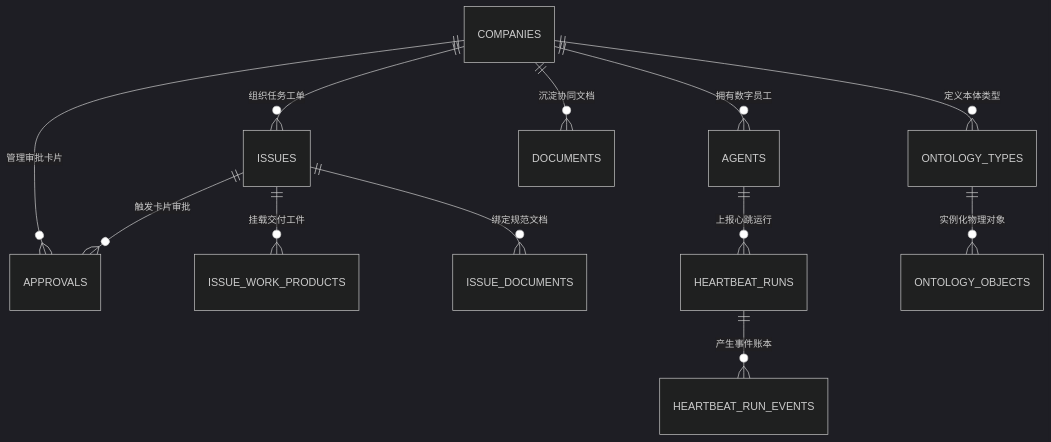
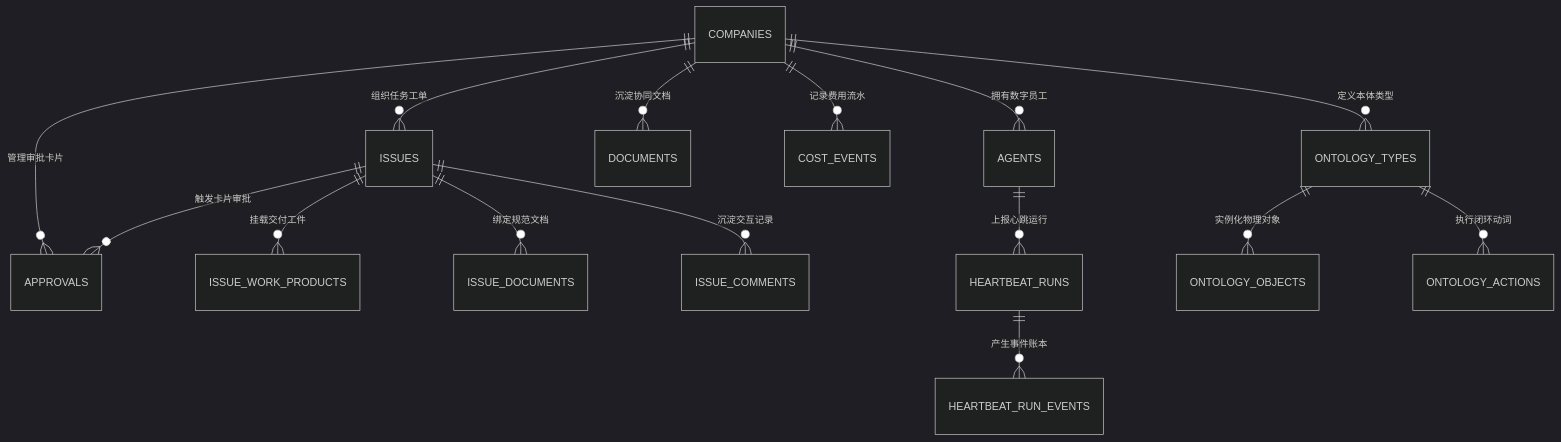
The diagram in docs/03_design/database-design-erd.md (xaicd/coolie), drawn with Mermaid (dark theme) before and after one commit. The commit also changed other lines of this file and 20 other files, not shown here.

````diff
--- a/docs/03_design/database-design-erd.md
+++ b/docs/03_design/database-design-erd.md
@@ -21,17 +21,20 @@
 ```mermaid
 erDiagram
     COMPANIES ||--o{ AGENTS : "拥有数字员工"
     COMPANIES ||--o{ ISSUES : "组织任务工单"
     COMPANIES ||--o{ APPROVALS : "管理审批卡片"
     COMPANIES ||--o{ DOCUMENTS : "沉淀协同文档"
+    COMPANIES ||--o{ COST_EVENTS : "记录费用流水"
     
     ISSUES ||--o{ ISSUE_WORK_PRODUCTS : "挂载交付工件"
     ISSUES ||--o{ ISSUE_DOCUMENTS : "绑定规范文档"
     ISSUES ||--o{ APPROVALS : "触发卡片审批"
+    ISSUES ||--o{ ISSUE_COMMENTS : "沉淀交互记录"
     
     AGENTS ||--o{ HEARTBEAT_RUNS : "上报心跳运行"
     HEARTBEAT_RUNS ||--o{ HEARTBEAT_RUN_EVENTS : "产生事件账本"
     
     COMPANIES ||--o{ ONTOLOGY_TYPES : "定义本体类型"
     ONTOLOGY_TYPES ||--o{ ONTOLOGY_OBJECTS : "实例化物理对象"
+    ONTOLOGY_TYPES ||--o{ ONTOLOGY_ACTIONS : "执行闭环动词"
 ```
````
